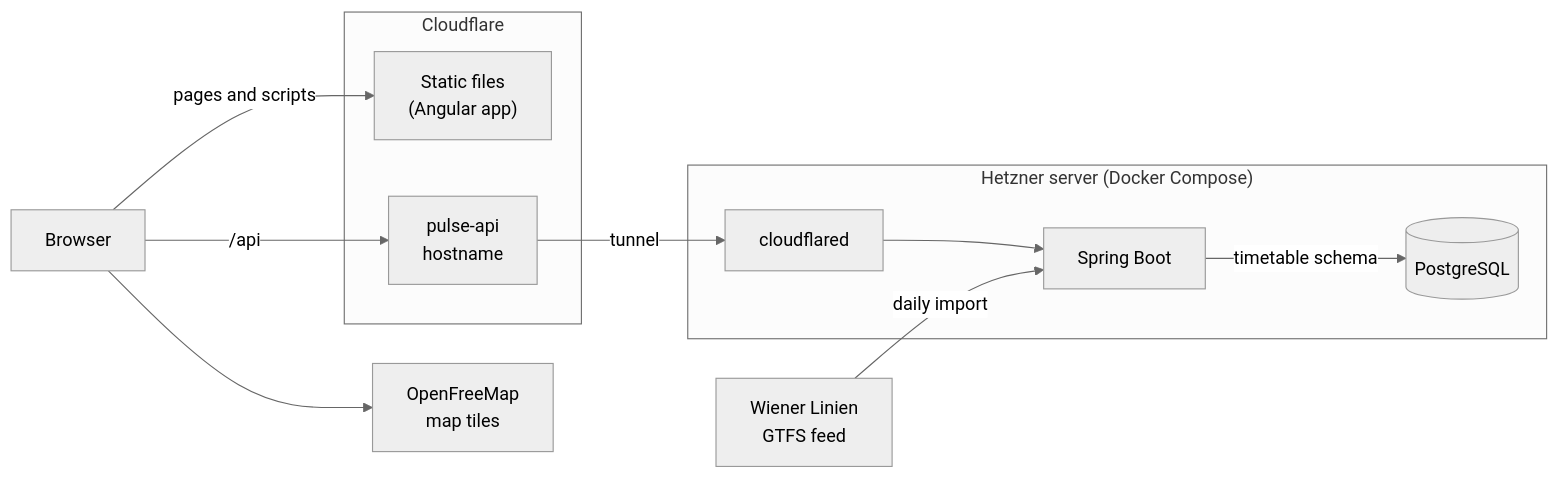
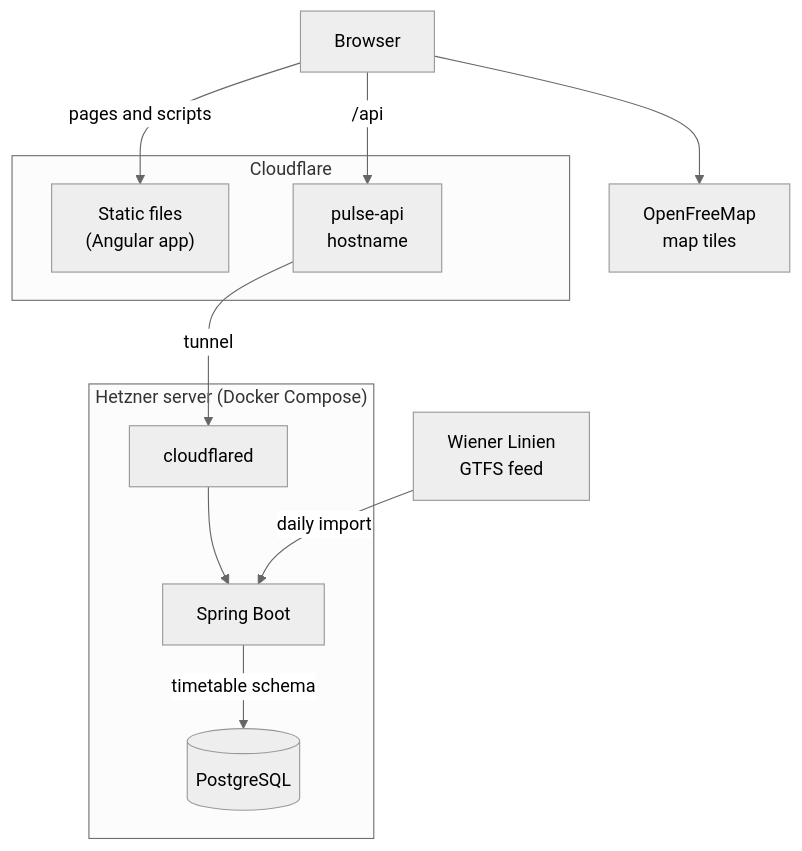
Before and after one commit to vlad-dancea/vienna-pulse-v2: the diagram in README.md, drawn with Mermaid (neutral theme).

Commit message:
Draw the architecture diagram from top to bottom
GitHub drew the left-to-right diagram about 1,540 pixels wide and shrank
it into the README column, so its text showed at about half size, and
GitHub's zoom buttons covered PostgreSQL. From top to bottom it is about
520 pixels wide and shows at full size on a desktop. An invisible link
keeps the feed below Cloudflare, which keeps the diagram narrow. The
boxes, arrows, labels and groupings are unchanged.

````diff
--- a/README.md
+++ b/README.md
@@ -17,22 +17,24 @@
 ```mermaid
-flowchart LR
+flowchart TB
     browser["Browser"]
     tiles["OpenFreeMap<br/>map tiles"]
     feed["Wiener Linien<br/>GTFS feed"]
     subgraph cloudflare["Cloudflare"]
         assets["Static files<br/>(Angular app)"]
         api["pulse-api<br/>hostname"]
     end
     subgraph server["Hetzner server (Docker Compose)"]
         cloudflared["cloudflared"]
         backend["Spring Boot"]
         postgres[("PostgreSQL")]
     end
     browser -->|"pages and scripts"| assets
     browser -->|"/api"| api
     browser --> tiles
     api -->|"tunnel"| cloudflared
     cloudflared --> backend
     backend -->|"timetable schema"| postgres
     feed -->|"daily import"| backend
+    %% Draws no line. It puts the feed below Cloudflare, which keeps the diagram narrow.
+    api ~~~ feed
 ```
````
